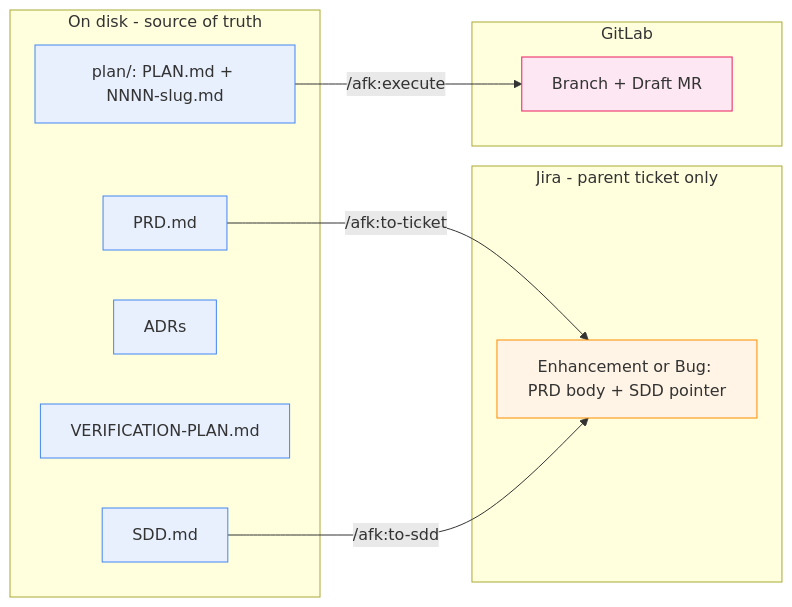
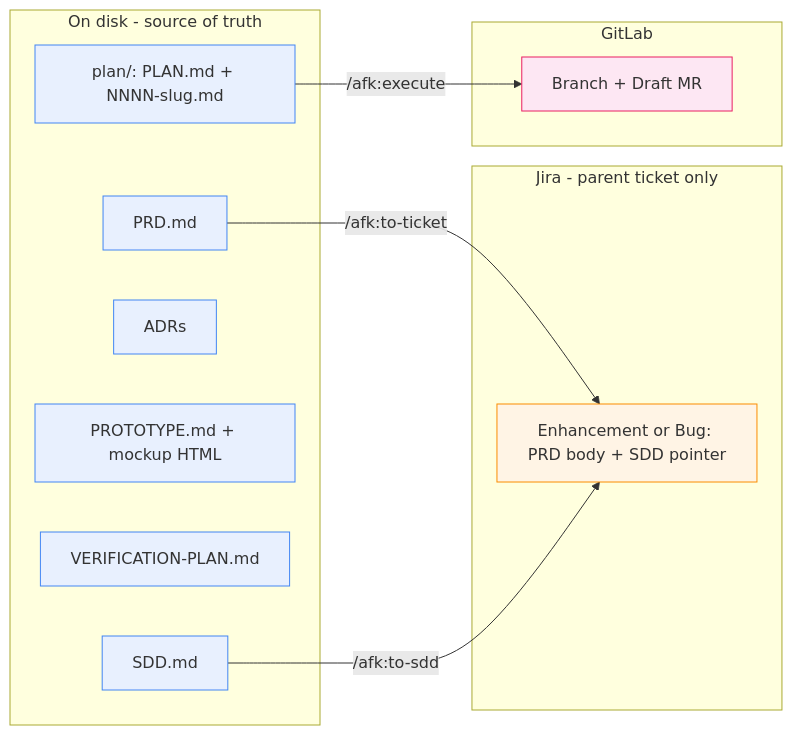
One commit to midnightblur/afk-driver changed the first of 6 diagrams in README.md. Above: the diagram before and after it, drawn with Mermaid. The commit also changed other lines of this file and 7 other files, not shown here.

````diff
--- a/README.md
+++ b/README.md
@@ -92,25 +92,26 @@
 ```mermaid
 graph LR
     subgraph disk_store [On disk - source of truth]
         PRD[PRD.md]
         SDD[SDD.md]
         ADR[ADRs]
+        PROTO[PROTOTYPE.md + mockup HTML]
         E2E[VERIFICATION-PLAN.md]
         PLAN["plan/: PLAN.md + NNNN-slug.md"]
     end
     subgraph jira_store [Jira - parent ticket only]
         TICKET["Enhancement or Bug: PRD body + SDD pointer"]
     end
     subgraph gl_store [GitLab]
         MR[Branch + Draft MR]
     end
     PRD -->|/afk:to-ticket| TICKET
     SDD -->|/afk:to-sdd| TICKET
     PLAN -->|/afk:execute| MR
     classDef disk fill:#e8f0fe,stroke:#4285f4;
     classDef jira fill:#fff4e5,stroke:#fb8c00;
     classDef gl fill:#fde7f3,stroke:#e91e63;
-    class PRD,SDD,ADR,E2E,PLAN disk;
+    class PRD,SDD,ADR,PROTO,E2E,PLAN disk;
     class TICKET jira;
     class MR gl;
 ```
````
